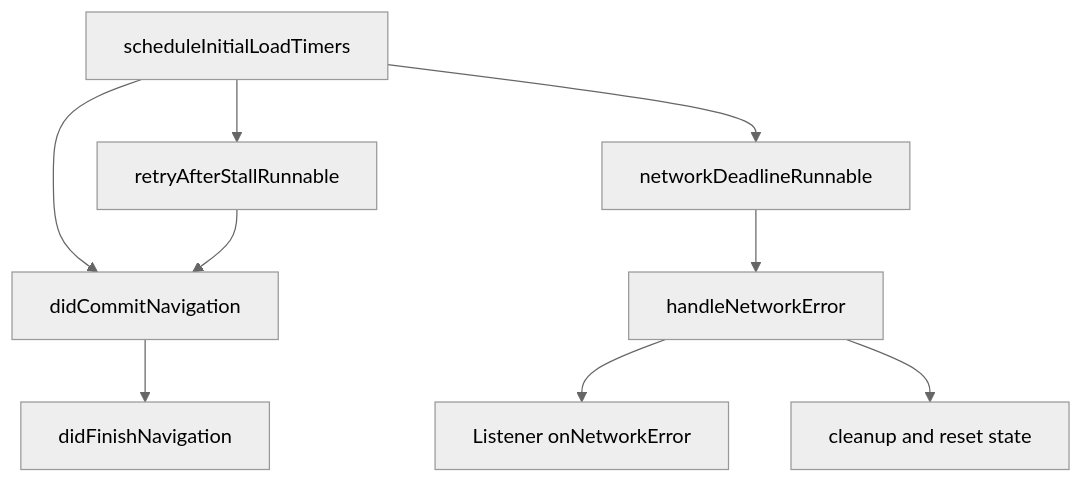
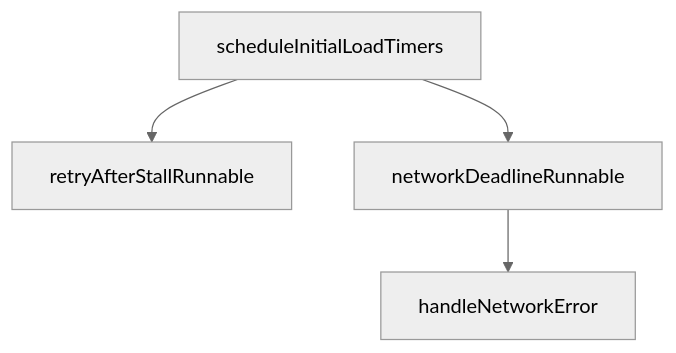
One commit to stashgg/stash-native changed the fourth of 4 diagrams in docs/android.md. Above: the diagram before and after it, drawn with Mermaid (neutral theme). The commit also changed other lines of this file and 6 other files, not shown here.

````diff
--- a/docs/android.md
+++ b/docs/android.md
@@ -149,20 +157,11 @@
 ```mermaid
 flowchart TD
-    LoadStart[scheduleInitialLoadTimers]
-    Commit[didCommitNavigation]
-    Finish[didFinishNavigation]
-    Retry[retryAfterStallRunnable]
-    Deadline[networkDeadlineRunnable]
-    NetErr[handleNetworkError]
-    Callback[Listener onNetworkError]
-    Cleanup[cleanup and reset state]
+    T[scheduleInitialLoadTimers]
+    R[retryAfterStallRunnable]
+    D[networkDeadlineRunnable]
+    E[handleNetworkError]
 
-    LoadStart --> Commit
-    Commit --> Finish
-    LoadStart --> Retry
-    LoadStart --> Deadline
-    Retry --> Commit
-    Deadline --> NetErr
-    NetErr --> Callback
-    NetErr --> Cleanup
+    T --> R
+    T --> D
+    D --> E
 ```
````
